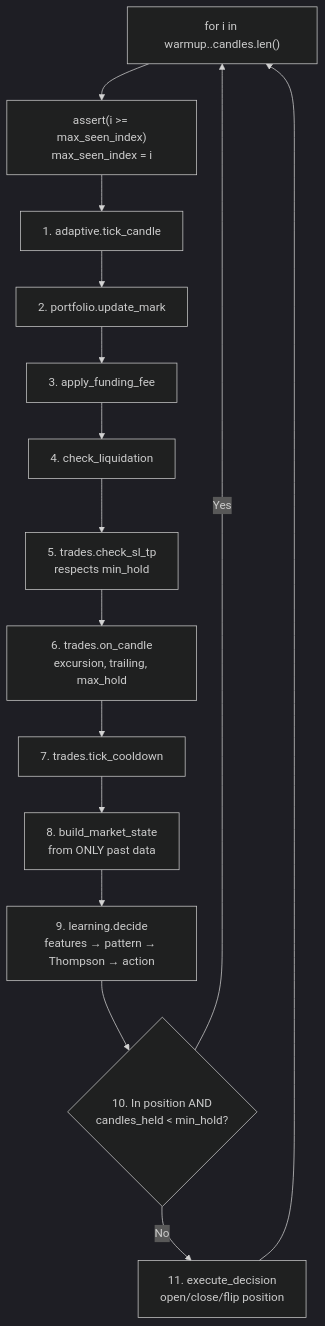
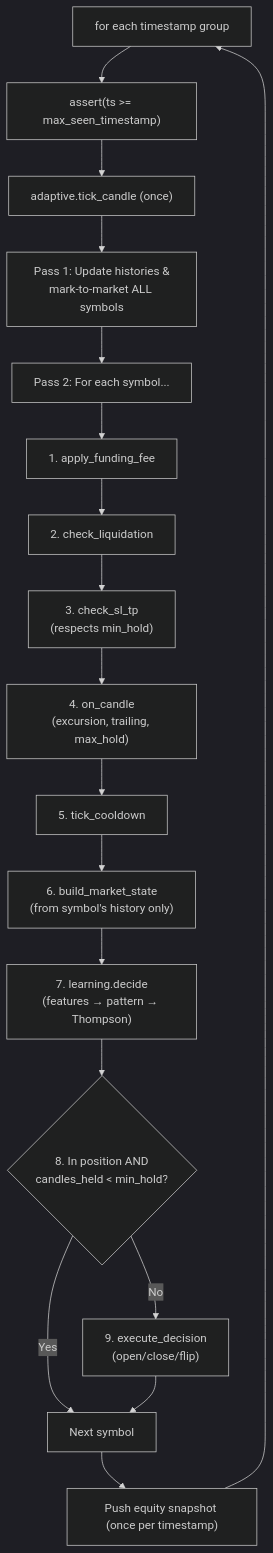
One commit to krejcif/rdex changed the first of 2 diagrams in docs/06-backtest-engine.md. Above: the diagram before and after it, drawn with Mermaid (dark theme). The commit also changed other lines of this file and 13 other files, not shown here.

````diff
--- a/docs/06-backtest-engine.md
+++ b/docs/06-backtest-engine.md
@@ -16,17 +47,20 @@
 ```mermaid
 graph TD
-    Start["for i in warmup..candles.len()"] --> Assert["assert(i >= max_seen_index)<br/>max_seen_index = i"]
-    Assert --> Tick[1. adaptive.tick_candle]
-    Tick --> Mark[2. portfolio.update_mark]
-    Mark --> Fund[3. apply_funding_fee]
-    Fund --> Liq[4. check_liquidation]
-    Liq --> SL[5. trades.check_sl_tp<br/>respects min_hold]
-    SL --> Candle[6. trades.on_candle<br/>excursion, trailing, max_hold]
-    Candle --> Cool[7. trades.tick_cooldown]
-    Cool --> Build[8. build_market_state<br/>from ONLY past data]
-    Build --> Decide[9. learning.decide<br/>features → pattern → Thompson → action]
-    Decide --> Guard{10. In position AND<br/>candles_held < min_hold?}
-    Guard -->|Yes| Start
-    Guard -->|No| Exec[11. execute_decision<br/>open/close/flip position]
-    Exec --> Start
+    Start["for each timestamp group"] --> Assert["assert(ts >= max_seen_timestamp)"]
+    Assert --> Tick["adaptive.tick_candle (once)"]
+    Tick --> P1["Pass 1: Update histories &<br/>mark-to-market ALL symbols"]
+    P1 --> P2["Pass 2: For each symbol..."]
+    P2 --> Fund[1. apply_funding_fee]
+    Fund --> Liq[2. check_liquidation]
+    Liq --> SL["3. check_sl_tp<br/>(respects min_hold)"]
+    SL --> Candle["4. on_candle<br/>(excursion, trailing, max_hold)"]
+    Candle --> Cool[5. tick_cooldown]
+    Cool --> Build["6. build_market_state<br/>(from symbol's history only)"]
+    Build --> Decide["7. learning.decide<br/>(features → pattern → Thompson)"]
+    Decide --> Guard{"8. In position AND<br/>candles_held < min_hold?"}
+    Guard -->|Yes| Next[Next symbol]
+    Guard -->|No| Exec["9. execute_decision<br/>(open/close/flip)"]
+    Exec --> Next
+    Next --> Snap["Push equity snapshot (once per timestamp)"]
+    Snap --> Start
 ```
````
